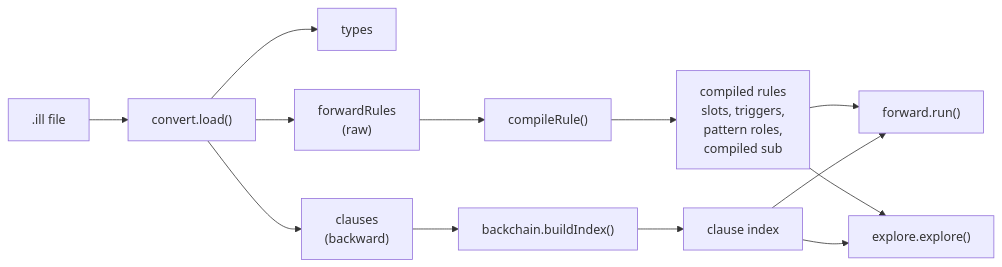
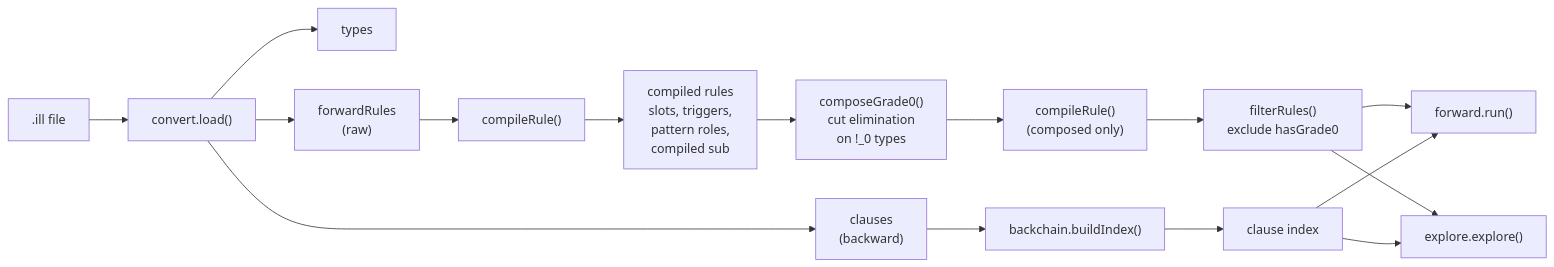
One commit to mhhf/calc changed the second of 7 diagrams in doc/documentation/forward-chaining-engine.md. Above: the diagram before and after it, drawn with Mermaid. The commit also changed other lines of this file and 8 other files, not shown here.

First line of the commit message:
feat: grade-0 cut elimination — compile-time composition for !_0 types (TODO 156)

````diff
--- a/doc/documentation/forward-chaining-engine.md
+++ b/doc/documentation/forward-chaining-engine.md
@@ -120,18 +120,22 @@
 ```mermaid
 flowchart LR
     ILL[".ill file"] --> CONV["convert.load()"]
     CONV --> TYPES["types"]
     CONV --> CLAUSES["clauses<br/>(backward)"]
     CONV --> FWRULES["forwardRules<br/>(raw)"]
 
     FWRULES --> COMP["compileRule()"]
     COMP --> COMPILED["compiled rules<br/>slots, triggers,<br/>pattern roles,<br/>compiled sub"]
 
+    COMPILED --> COMPOSE["composeGrade0()<br/>cut elimination<br/>on !_0 types"]
+    COMPOSE --> COMP2["compileRule()<br/>(composed only)"]
+    COMP2 --> FILTERED["filterRules()<br/>exclude hasGrade0"]
+
     CLAUSES --> IDX["backchain.buildIndex()"]
     IDX --> CIDX["clause index"]
 
-    COMPILED --> RUN["forward.run()"]
-    COMPILED --> EXPLORE["explore.explore()"]
+    FILTERED --> RUN["forward.run()"]
+    FILTERED --> EXPLORE["explore.explore()"]
     CIDX --> RUN
     CIDX --> EXPLORE
 ```
````
